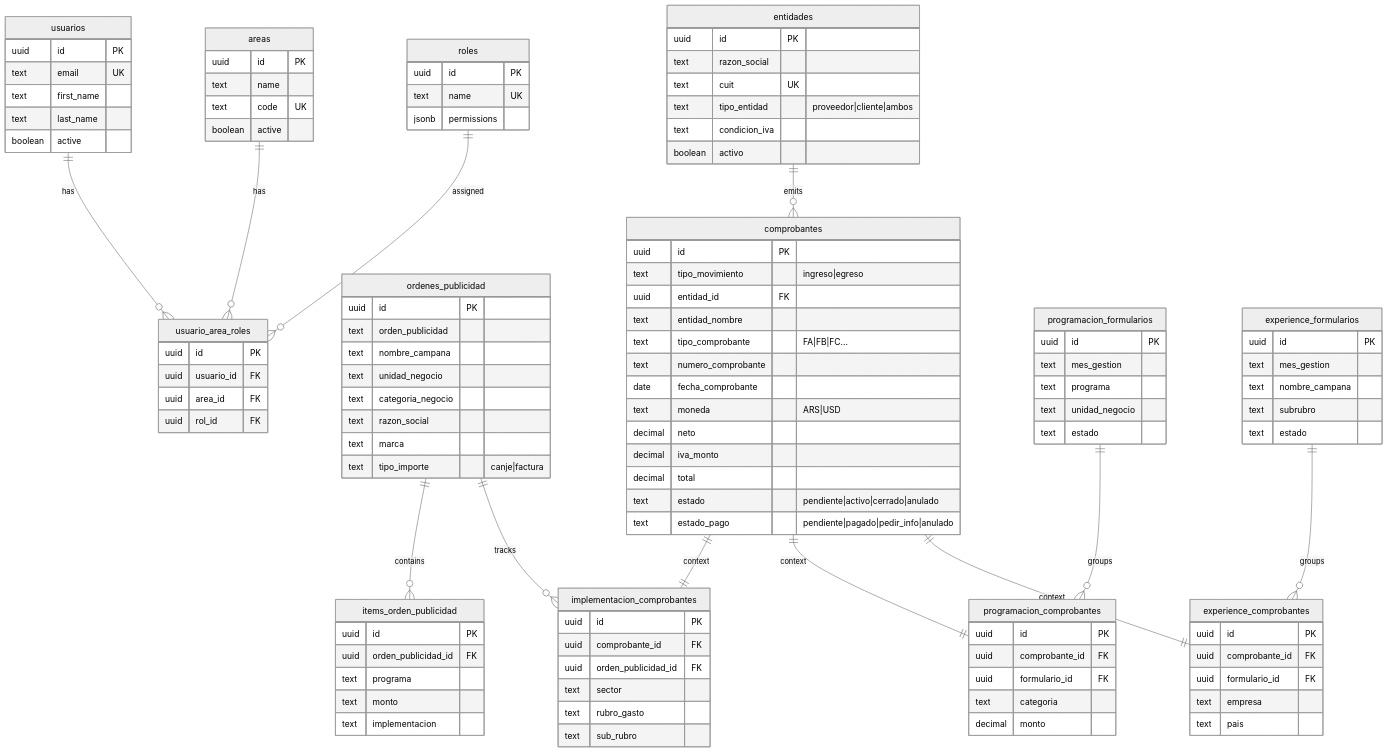
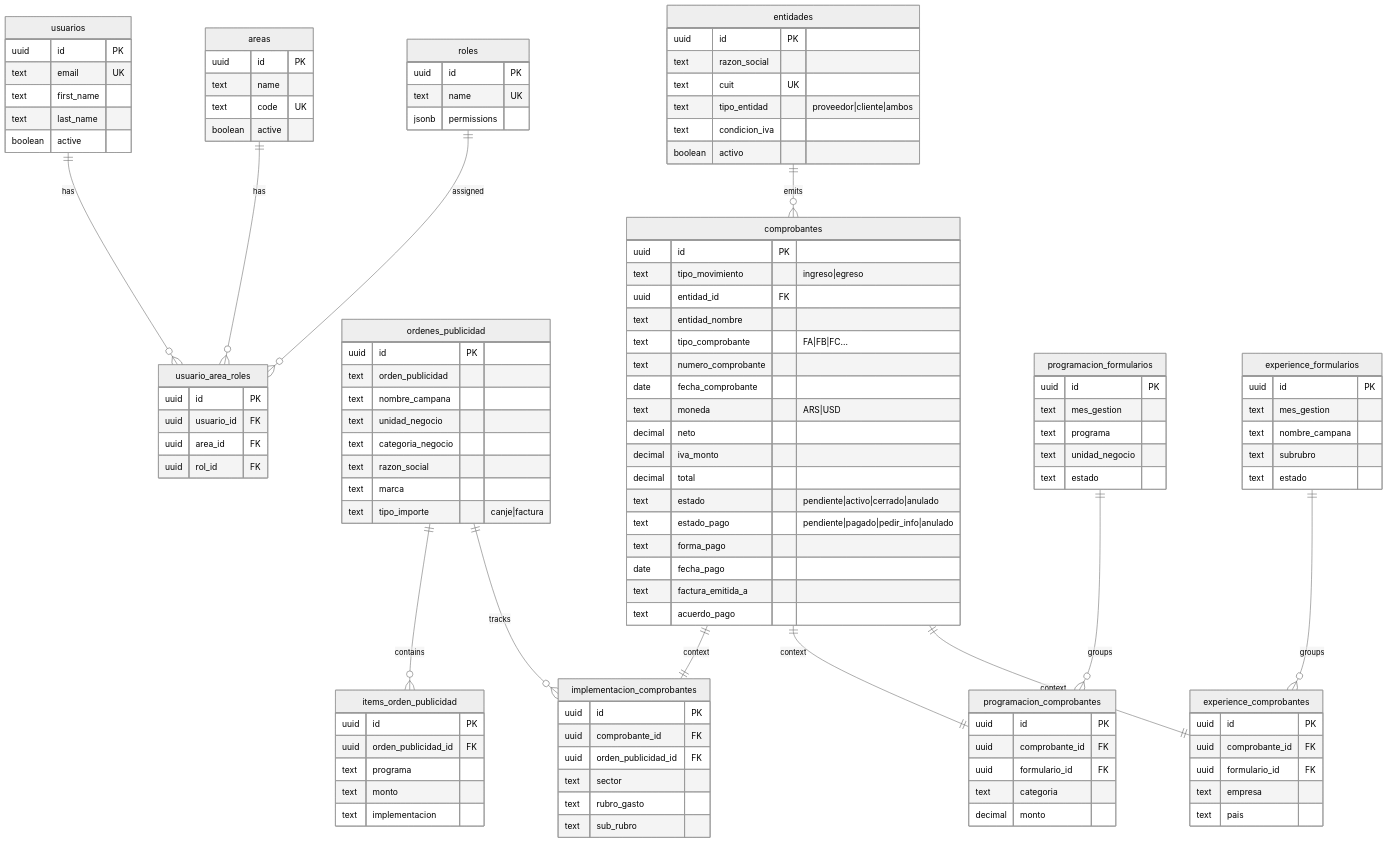
Before and after one commit to roymirko/Luzu-erp-frontend: the diagram in references/erd.md, drawn with Mermaid (neutral theme). The commit also changed other lines of this file and 24 other files, not shown here.

```diff
--- a/references/erd.md
+++ b/references/erd.md
@@ -94,6 +94,10 @@
         decimal total
         text estado "pendiente|activo|cerrado|anulado"
         text estado_pago "pendiente|pagado|pedir_info|anulado"
+        text forma_pago
+        date fecha_pago
+        text factura_emitida_a
+        text acuerdo_pago
     }
 
     entidades ||--o{ comprobantes : "emits"
```
